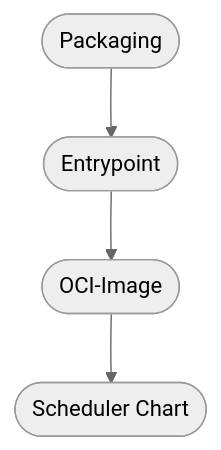
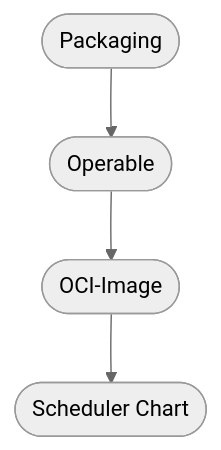
Before and after one commit to divnix/std: the diagram in docs/patterns/four-packaging-layers.md, drawn with Mermaid (neutral theme). The commit also changed other lines of this file and 4 other files, not shown here.

````diff
--- a/docs/patterns/four-packaging-layers.md
+++ b/docs/patterns/four-packaging-layers.md
@@ -50,15 +50,15 @@
 ```mermaid
 flowchart TD
     packaging([Packaging])
-    entrypoint([Entrypoint])
+    operable([Operable])
     image([OCI-Image])
     scheduler([Scheduler Chart])
-    packaging --> entrypoint
-    entrypoint --> image
+    packaging --> operable
+    operable --> image
     image --> scheduler
 
     click packaging href "#packaging-layer" "Jump to the packaging layer section"
-    click entrypoint href "#entrypoint-layer" "Jump to the entrypoint layer section"
+    click operable href "#operable-layer" "Jump to the operable layer section"
     click image href "#oci-image-layer" "Jump to the OCI image layer section"
     click scheduler href "#scheduler-chart-layer" "Jump to the scheduler chart layer section"
 ```
````
